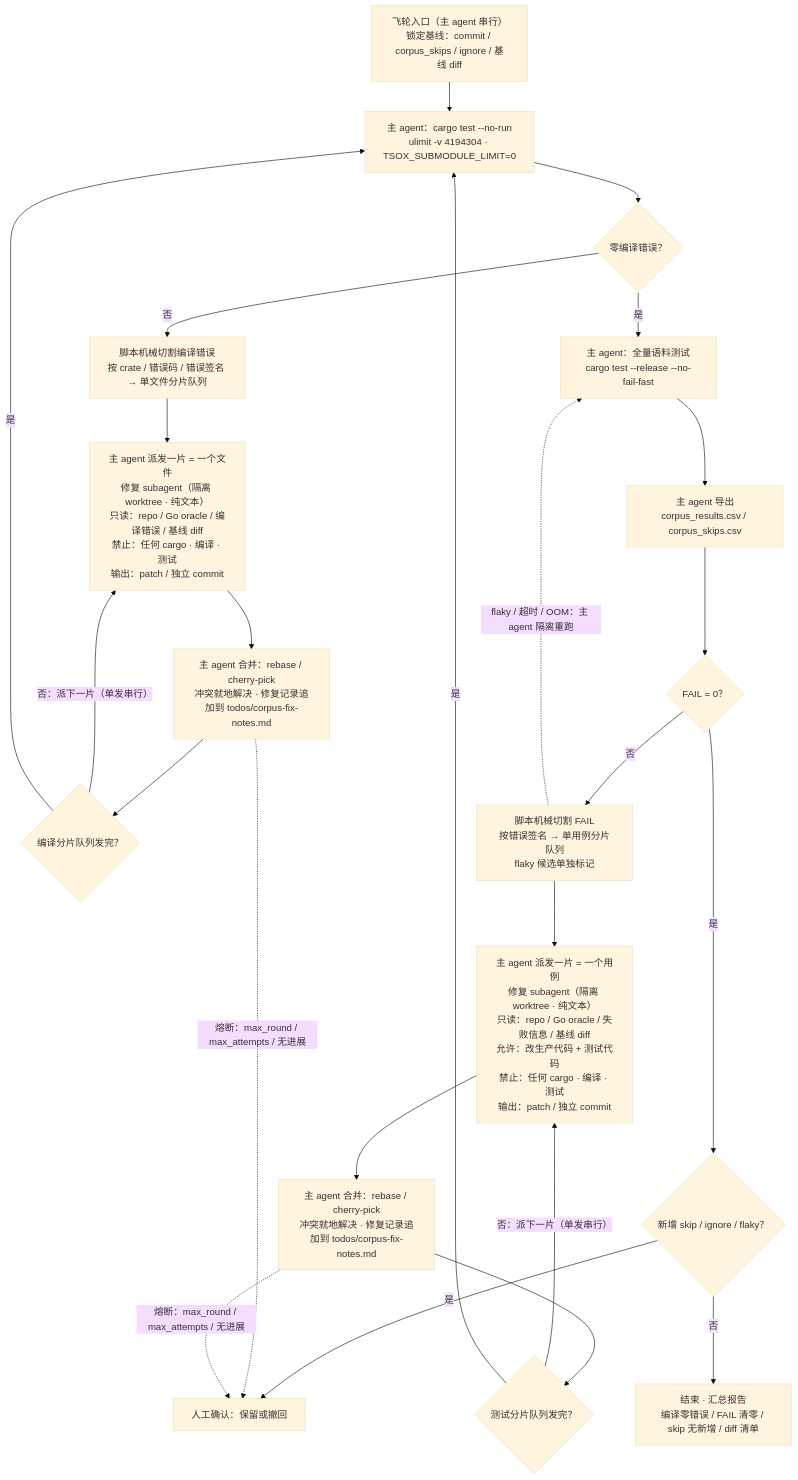
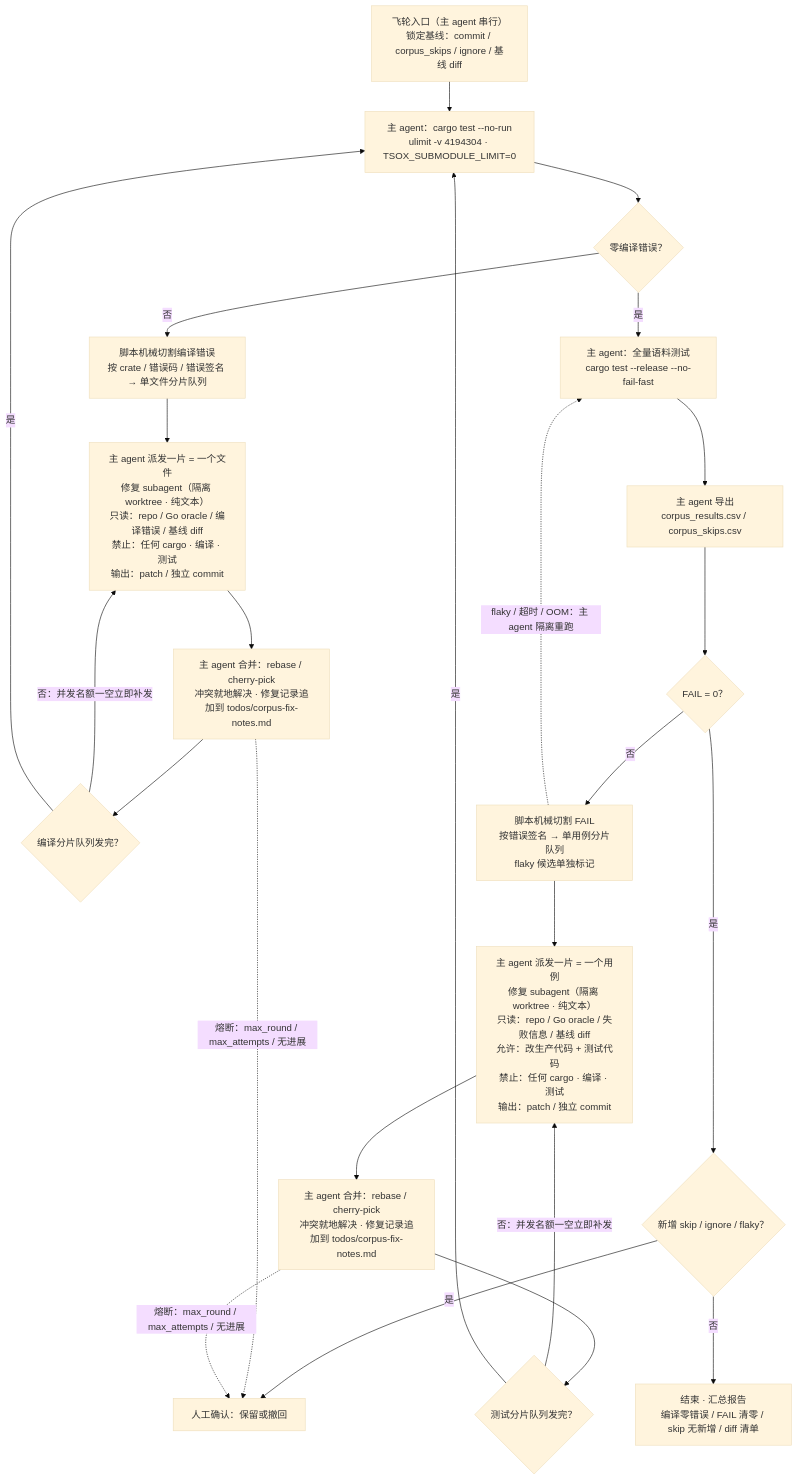
One commit to idealjs/typescript-rust changed the diagram in AGENTS.md. Above: the diagram before and after it, drawn with Mermaid (base theme). The commit also changed other lines of this file and 5 other files, not shown here.

````diff
--- a/AGENTS.md
+++ b/AGENTS.md
@@ -13,27 +13,27 @@
 ```mermaid
 flowchart TD
     START["飞轮入口（主 agent 串行）<br/>锁定基线：commit / corpus_skips / ignore / 基线 diff"]
     START --> NR["主 agent：cargo test --no-run<br/>ulimit -v 4194304 · TSOX_SUBMODULE_LIMIT=0"]
     NR --> NRQ{"零编译错误？"}
     NRQ -->|否| CUT_C["脚本机械切割编译错误<br/>按 crate / 错误码 / 错误签名 → 单文件分片队列"]
     CUT_C --> DISP_C["主 agent 派发一片 = 一个文件<br/>修复 subagent（隔离 worktree · 纯文本）<br/>只读：repo / Go oracle / 编译错误 / 基线 diff<br/>禁止：任何 cargo · 编译 · 测试<br/>输出：patch / 独立 commit"]
     DISP_C --> MERGE_C["主 agent 合并：rebase / cherry-pick<br/>冲突就地解决 · 修复记录追加到 todos/corpus-fix-notes.md"]
     MERGE_C --> WAIT_C{"编译分片队列发完？"}
-    WAIT_C -->|否：派下一片（单发串行）| DISP_C
+    WAIT_C -->|否：并发名额一空立即补发| DISP_C
     WAIT_C -->|是| NR
     NRQ -->|是| RUN["主 agent：全量语料测试<br/>cargo test --release --no-fail-fast"]
     RUN --> EXP["主 agent 导出<br/>corpus_results.csv / corpus_skips.csv"]
     EXP --> TQ{"FAIL = 0？"}
     TQ -->|否| CUT_T["脚本机械切割 FAIL<br/>按错误签名 → 单用例分片队列<br/>flaky 候选单独标记"]
     CUT_T --> DISP_T["主 agent 派发一片 = 一个用例<br/>修复 subagent（隔离 worktree · 纯文本）<br/>只读：repo / Go oracle / 失败信息 / 基线 diff<br/>允许：改生产代码 + 测试代码<br/>禁止：任何 cargo · 编译 · 测试<br/>输出：patch / 独立 commit"]
     DISP_T --> MERGE_T["主 agent 合并：rebase / cherry-pick<br/>冲突就地解决 · 修复记录追加到 todos/corpus-fix-notes.md"]
     MERGE_T --> WAIT_T{"测试分片队列发完？"}
-    WAIT_T -->|否：派下一片（单发串行）| DISP_T
+    WAIT_T -->|否：并发名额一空立即补发| DISP_T
     WAIT_T -->|是| NR
     TQ -->|是| CHK{"新增 skip / ignore / flaky？"}
     CHK -->|否| END["结束 · 汇总报告<br/>编译零错误 / FAIL 清零 / skip 无新增 / diff 清单"]
     CHK -->|是| HUMAN["人工确认：保留或撤回"]
     CUT_T -.->|"flaky / 超时 / OOM：主 agent 隔离重跑"| RUN
     MERGE_C -.->|"熔断：max_round / max_attempts / 无进展"| HUMAN
     MERGE_T -.->|"熔断：max_round / max_attempts / 无进展"| HUMAN
 ```
````
